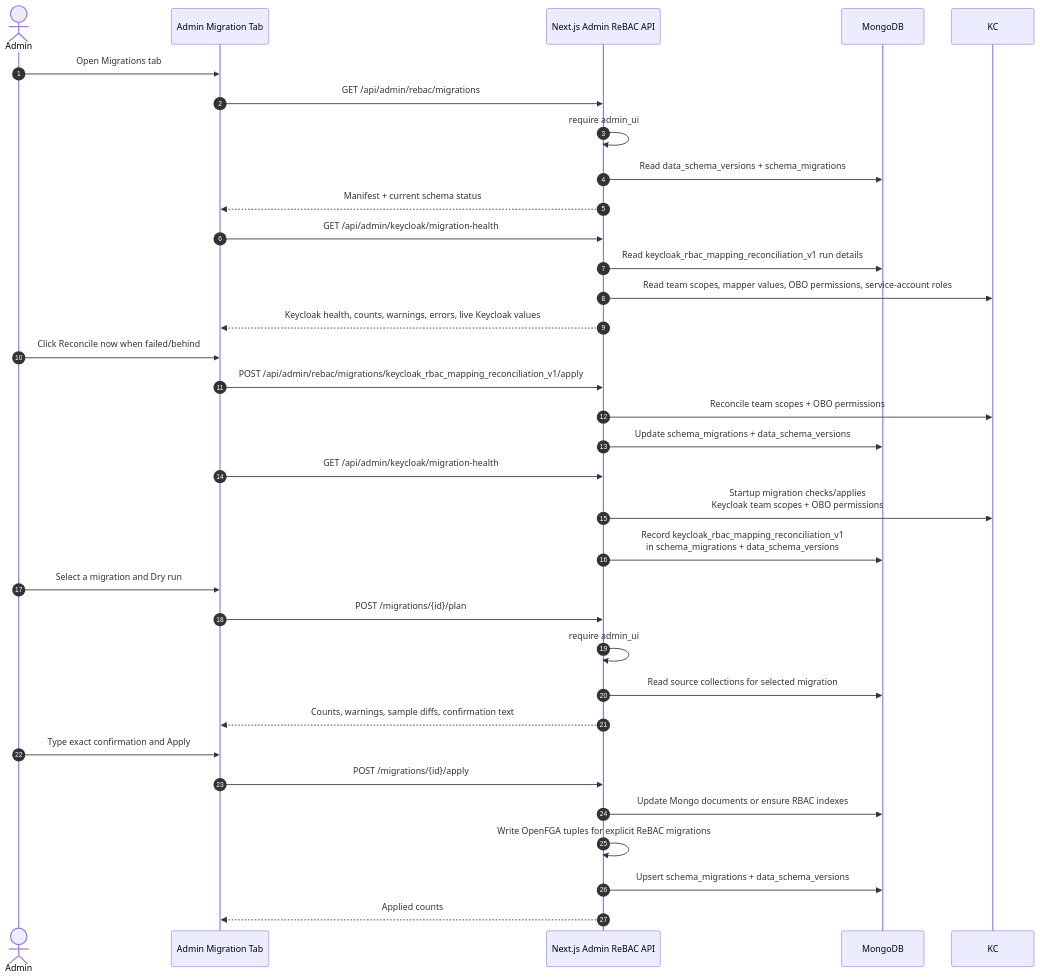
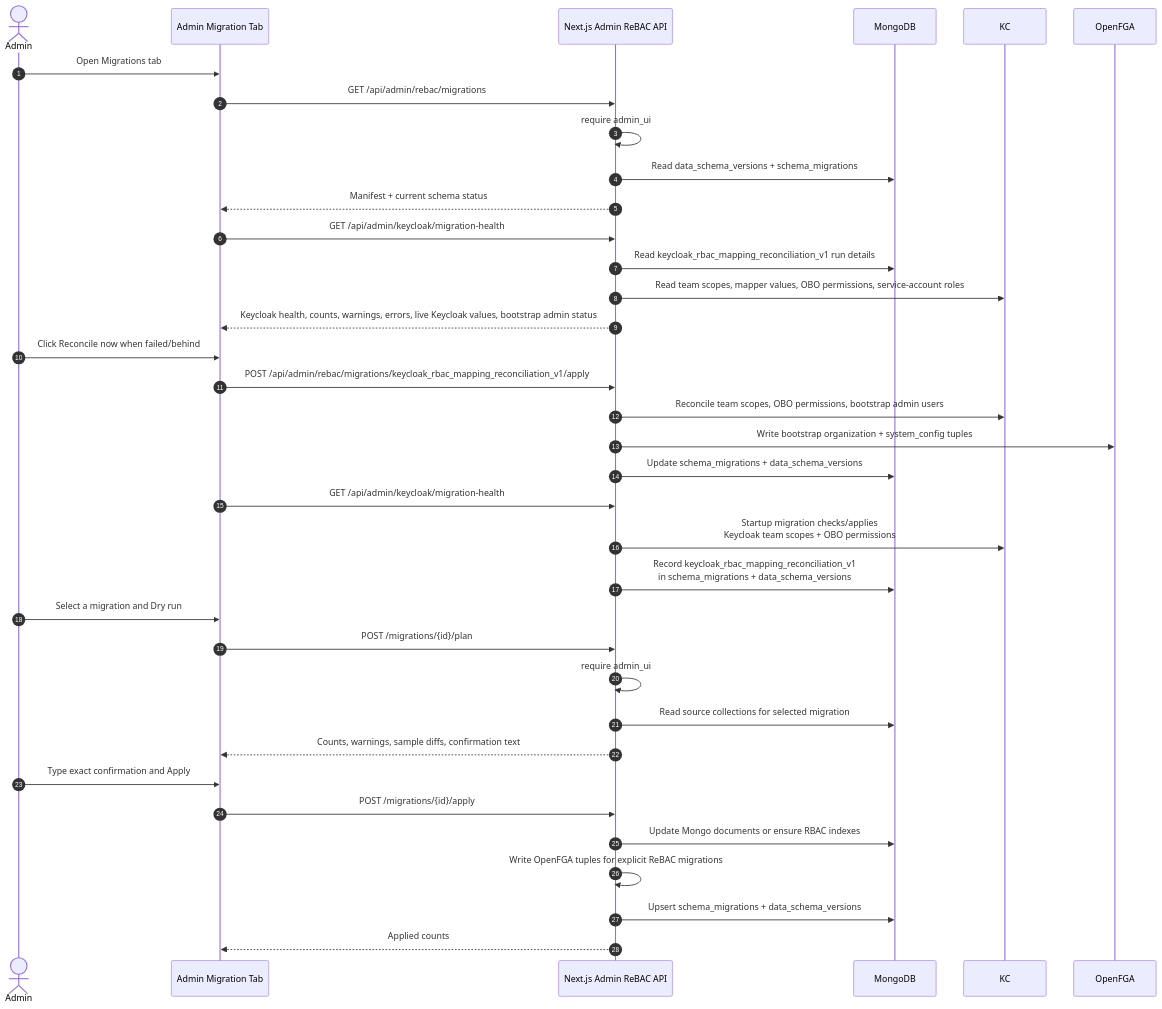
The fifth of 8 diagrams in docs/docs/security/rbac/workflows.md (cnoe-io/ai-platform-engineering), drawn with Mermaid before and after one commit. The commit also changed other lines of this file and 29 other files, not shown here.

First line of the commit message:
fix(rbac): bootstrap baseline OpenFGA access on login

````diff
--- a/docs/docs/security/rbac/workflows.md
+++ b/docs/docs/security/rbac/workflows.md
@@ -357,36 +365,37 @@
 ```mermaid
 sequenceDiagram
     autonumber
     actor Admin
     participant UI as Admin Migration Tab
     participant BFF as Next.js Admin ReBAC API
     participant MDB as MongoDB
 
     Admin->>UI: Open Migrations tab
     UI->>BFF: GET /api/admin/rebac/migrations
     BFF->>BFF: require admin_ui#admin
     BFF->>MDB: Read data_schema_versions + schema_migrations
     BFF-->>UI: Manifest + current schema status
     UI->>BFF: GET /api/admin/keycloak/migration-health
     BFF->>MDB: Read keycloak_rbac_mapping_reconciliation_v1 run details
     BFF->>KC: Read team scopes, mapper values, OBO permissions, service-account roles
-    BFF-->>UI: Keycloak health, counts, warnings, errors, live Keycloak values
+    BFF-->>UI: Keycloak health, counts, warnings, errors, live Keycloak values, bootstrap admin status
     Admin->>UI: Click Reconcile now when failed/behind
     UI->>BFF: POST /api/admin/rebac/migrations/keycloak_rbac_mapping_reconciliation_v1/apply
-    BFF->>KC: Reconcile team scopes + OBO permissions
+    BFF->>KC: Reconcile team scopes, OBO permissions, bootstrap admin users
+    BFF->>OpenFGA: Write bootstrap organization + system_config tuples
     BFF->>MDB: Update schema_migrations + data_schema_versions
     UI->>BFF: GET /api/admin/keycloak/migration-health
     BFF->>KC: Startup migration checks/applies<br/>Keycloak team scopes + OBO permissions
     BFF->>MDB: Record keycloak_rbac_mapping_reconciliation_v1<br/>in schema_migrations + data_schema_versions
     Admin->>UI: Select a migration and Dry run
     UI->>BFF: POST /migrations/{id}/plan
     BFF->>BFF: require admin_ui#admin
     BFF->>MDB: Read source collections for selected migration
     BFF-->>UI: Counts, warnings, sample diffs, confirmation text
     Admin->>UI: Type exact confirmation and Apply
     UI->>BFF: POST /migrations/{id}/apply
     BFF->>MDB: Update Mongo documents or ensure RBAC indexes
     BFF->>BFF: Write OpenFGA tuples for explicit ReBAC migrations
     BFF->>MDB: Upsert schema_migrations + data_schema_versions
     BFF-->>UI: Applied counts
 ```
````
